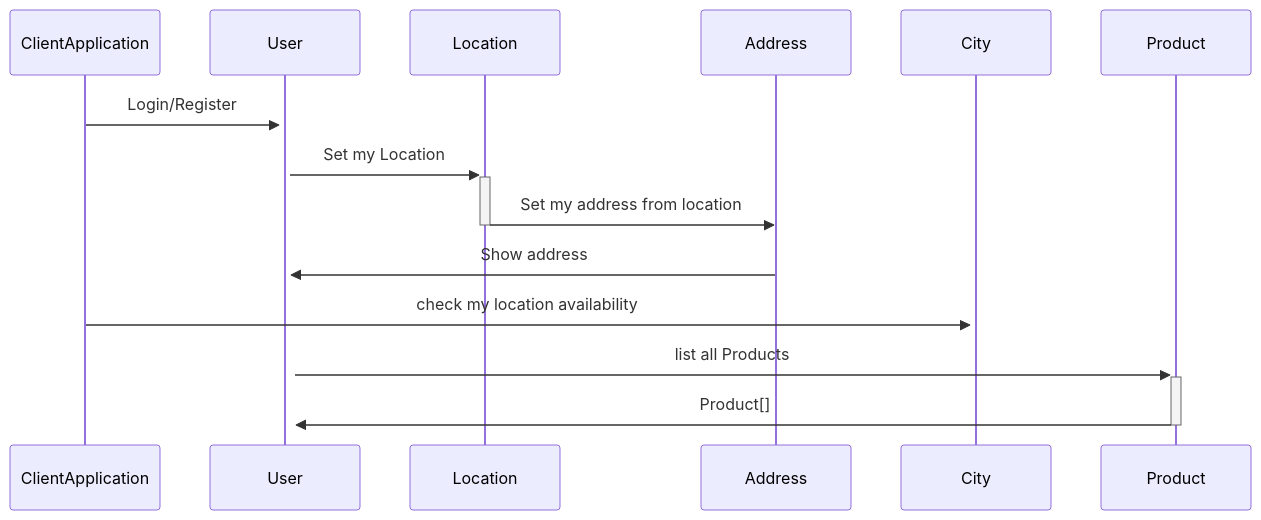
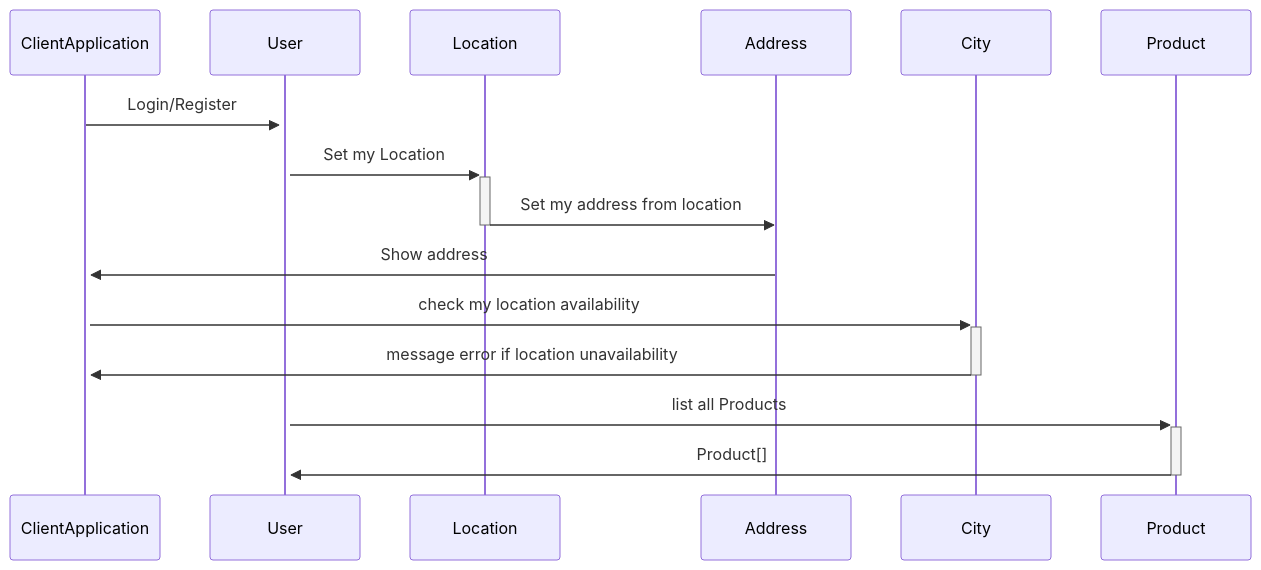
The second of 6 diagrams in readme.md (joussin/api_allopico_old), drawn with Mermaid before and after one commit.

````diff
--- a/readme.md
+++ b/readme.md
@@ -183,17 +183,19 @@
 ```mermaid
 sequenceDiagram
 
 ClientApplication->>+User: Login/Register
 
 User->>+Location: Set my Location
 
 Location->>-Address: Set my address from location
 
-Address->>+User: Show address
+Address->>+ClientApplication: Show address
 
 ClientApplication->>+City: check my location availability
+
+City->>-ClientApplication: message error if location unavailability
 
 User->>+Product: list all Products
 
 Product->>-User: Product[]
 ```
````
